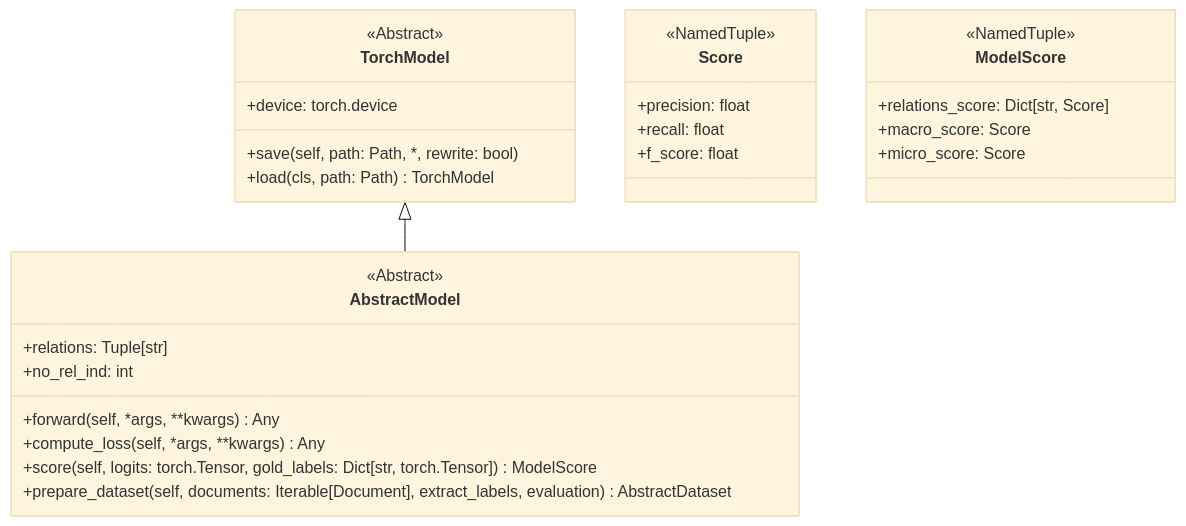
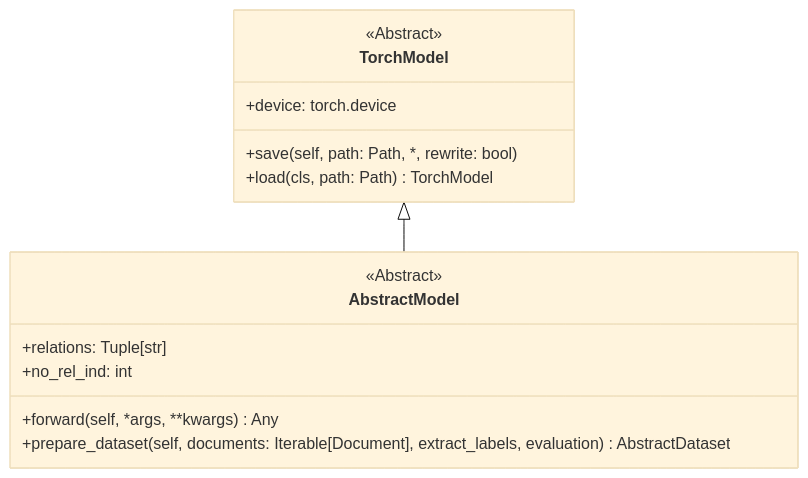
Before and after one commit to phos-phophy/creed: the fourth of 4 diagrams in README.md, drawn with Mermaid (base theme). The commit also changed other lines of this file, not shown here.

````diff
--- a/README.md
+++ b/README.md
@@ -154,37 +152,21 @@
 ```mermaid
 classDiagram
 direction TB
 
    class TorchModel{
       <<Abstract>>
       +device: torch.device
       +save(self, path: Path, *, rewrite: bool)
       +load(cls, path: Path) TorchModel
    }
    TorchModel <|-- AbstractModel
    
    class AbstractModel{
       <<Abstract>>
       +relations: Tuple[str]
       +no_rel_ind: int
       +forward(self, *args, **kwargs) Any
-      +compute_loss(self, *args, **kwargs) Any
-      +score(self, logits: torch.Tensor, gold_labels: Dict[str, torch.Tensor]) ModelScore
       +prepare_dataset(self, documents: Iterable[Document], extract_labels, evaluation)  AbstractDataset
    }
    
-   class Score{
-      <<NamedTuple>>
-      +precision: float
-      +recall: float
-      +f_score: float
-   }
-   
-   class ModelScore{
-      <<NamedTuple>>
-      +relations_score: Dict[str, Score]
-      +macro_score: Score
-      +micro_score: Score
-   }
-   
 ```
````
